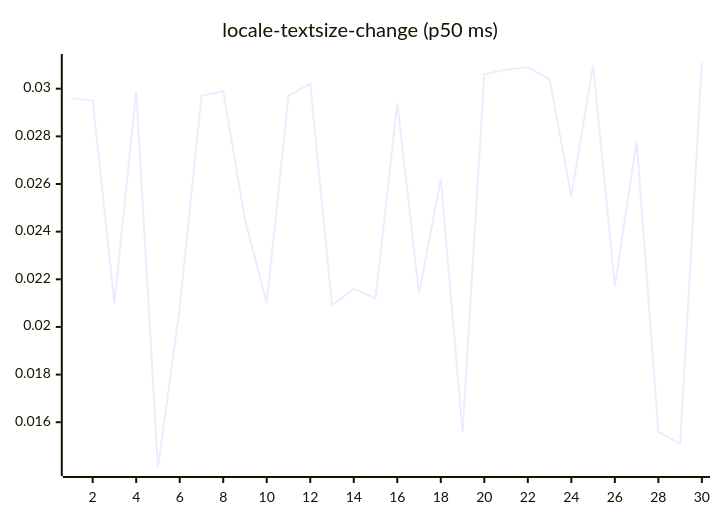
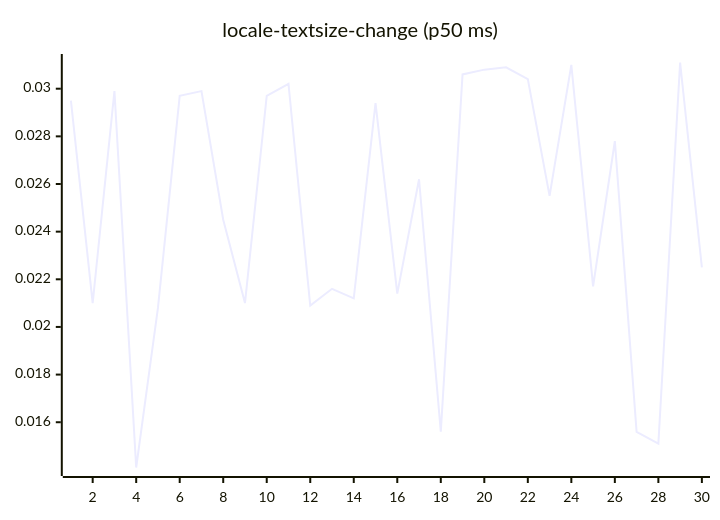
Diagram 13 of 27 in README.md (josha/Facet), drawn with Mermaid before and after one commit. The commit also changed other lines of this file and 2 other files, not shown here.

````diff
--- a/README.md
+++ b/README.md
@@ -147,6 +147,6 @@
 ```mermaid
 xychart-beta
     title "locale-textsize-change (p50 ms)"
     x-axis 1 --> 30
-    line [0.0296, 0.0295, 0.0210, 0.0299, 0.0141, 0.0208, 0.0297, 0.0299, 0.0245, 0.0210, 0.0297, 0.0302, 0.0209, 0.0216, 0.0212, 0.0294, 0.0214, 0.0262, 0.0156, 0.0306, 0.0308, 0.0309, 0.0304, 0.0255, 0.0310, 0.0217, 0.0278, 0.0156, 0.0151, 0.0311]
+    line [0.0295, 0.0210, 0.0299, 0.0141, 0.0208, 0.0297, 0.0299, 0.0245, 0.0210, 0.0297, 0.0302, 0.0209, 0.0216, 0.0212, 0.0294, 0.0214, 0.0262, 0.0156, 0.0306, 0.0308, 0.0309, 0.0304, 0.0255, 0.0310, 0.0217, 0.0278, 0.0156, 0.0151, 0.0311, 0.0225]
 ```
````
